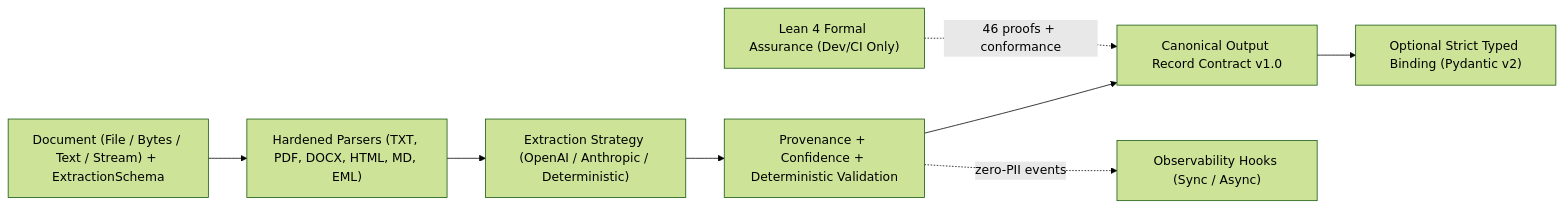
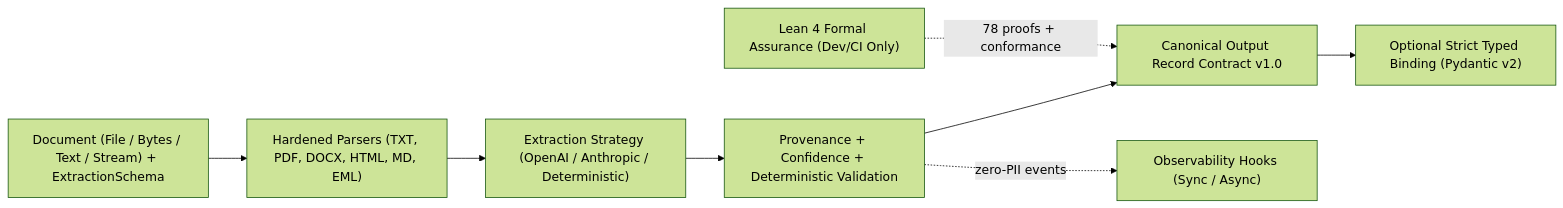
The diagram in README.md (ivnmoreno/structa-maestro), drawn with Mermaid (forest theme) before and after one commit. The commit also changed other lines of this file and 14 other files, not shown here.

````diff
--- a/README.md
+++ b/README.md
@@ -34,10 +34,10 @@
 ```mermaid
 flowchart LR
     In["Document (File / Bytes / Text / Stream) + ExtractionSchema"] --> Parse["Hardened Parsers (TXT, PDF, DOCX, HTML, MD, EML)"]
     Parse --> Strat["Extraction Strategy (OpenAI / Anthropic / Deterministic)"]
     Strat --> Verify["Provenance + Confidence + Deterministic Validation"]
     Verify --> Contract["Canonical Output Record Contract v1.0"]
     Contract --> Bind["Optional Strict Typed Binding (Pydantic v2)"]
     Verify -. "zero-PII events" .-> Obs["Observability Hooks (Sync / Async)"]
-    Formal["Lean 4 Formal Assurance (Dev/CI Only)"] -. "46 proofs + conformance" .-> Contract
+    Formal["Lean 4 Formal Assurance (Dev/CI Only)"] -. "78 proofs + conformance" .-> Contract
 ```
````
